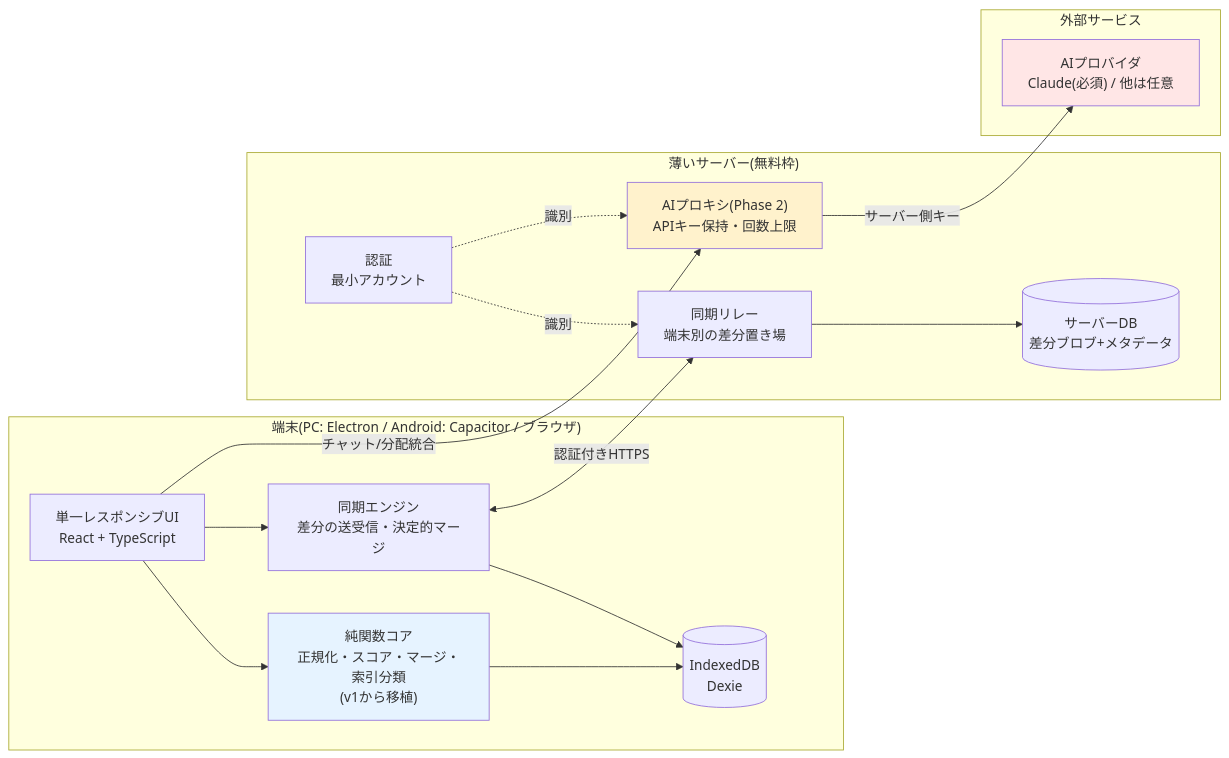
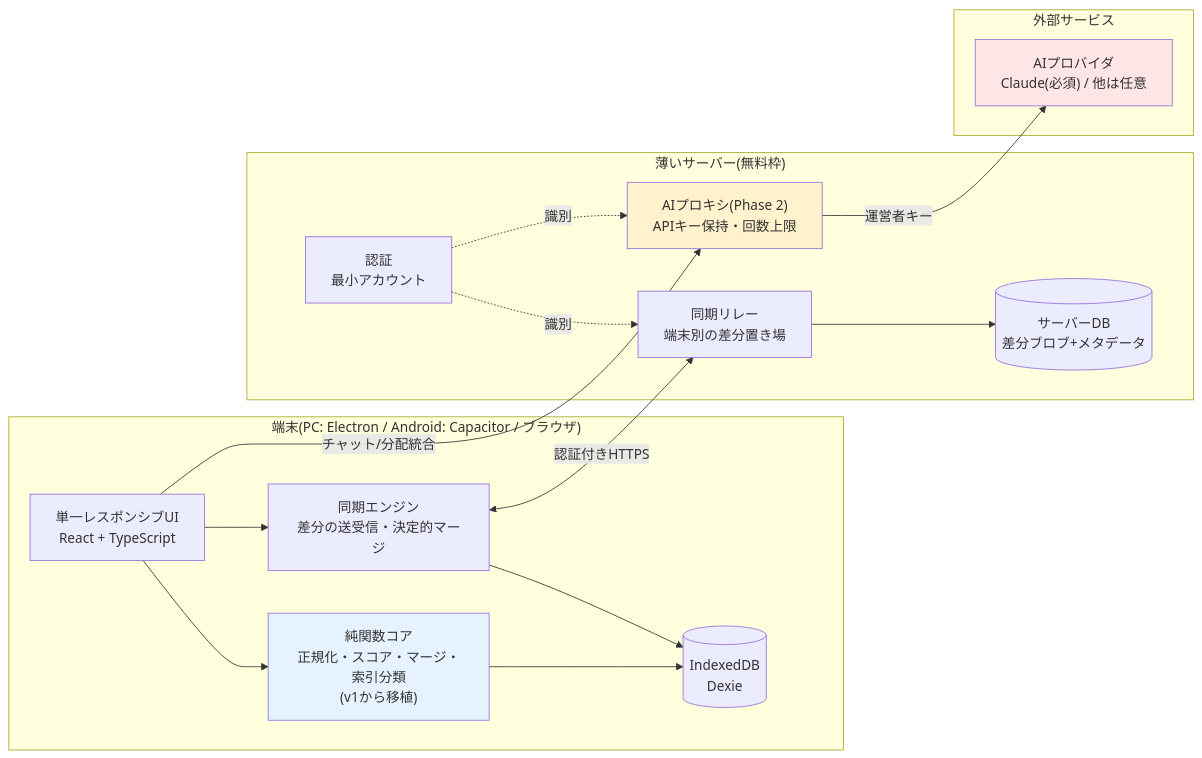
The first of 2 diagrams in docs/v2/architecture.md (doryu0-04092/IT-Index), drawn with Mermaid before and after one commit. The commit also changed other lines of this file and 2 other files, not shown here.

````diff
--- a/docs/v2/architecture.md
+++ b/docs/v2/architecture.md
@@ -14,30 +14,30 @@
 ```mermaid
 flowchart LR
     subgraph devices["端末(PC: Electron / Android: Capacitor / ブラウザ)"]
         UI["単一レスポンシブUI<br/>React + TypeScript"]
         CORE["純関数コア<br/>正規化・スコア・マージ・索引分類<br/>(v1から移植)"]
         SYNC["同期エンジン<br/>差分の送受信・決定的マージ"]
         DB[("IndexedDB<br/>Dexie")]
     end
 
     subgraph server["薄いサーバー(無料枠)"]
         AUTH["認証<br/>最小アカウント"]
         RELAY["同期リレー<br/>端末別の差分置き場"]
         PROXY["AIプロキシ(Phase 2)<br/>APIキー保持・回数上限"]
         SDB[("サーバーDB<br/>差分ブロブ+メタデータ")]
     end
 
     subgraph ext["外部サービス"]
         AI["AIプロバイダ<br/>Claude(必須) / 他は任意"]
     end
 
     UI --> CORE --> DB
     UI --> SYNC --> DB
     SYNC <-->|"認証付きHTTPS"| RELAY --> SDB
-    UI -->|"チャット/分配統合"| PROXY -->|"サーバー側キー"| AI
+    UI -->|"チャット/分配統合"| PROXY -->|"運営者キー"| AI
     AUTH -.識別.-> RELAY & PROXY
 
     style AI fill:#ffe6e6
     style CORE fill:#e6f3ff
     style PROXY fill:#fff2cc
 ```
````
